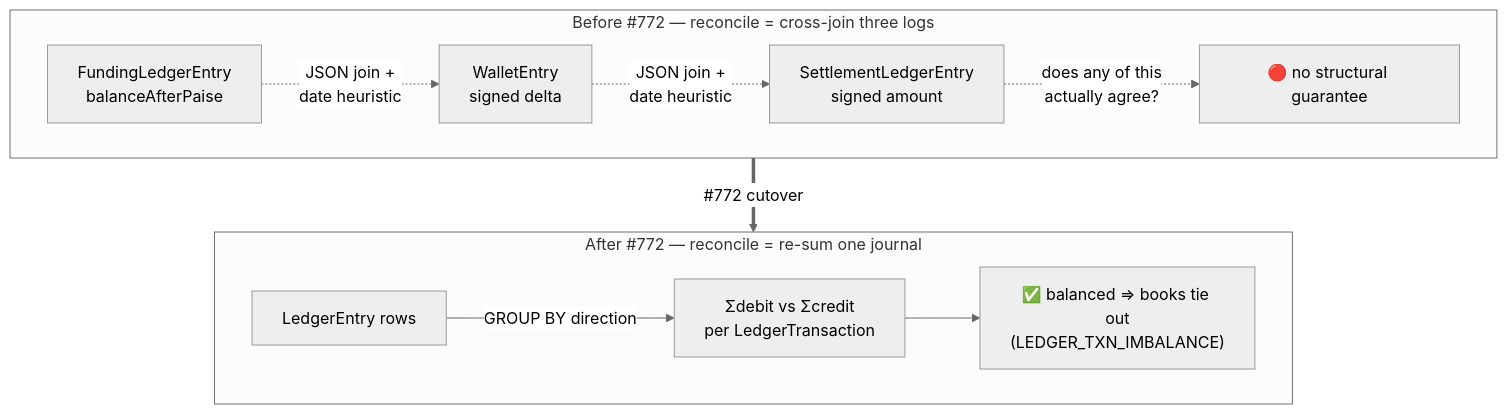
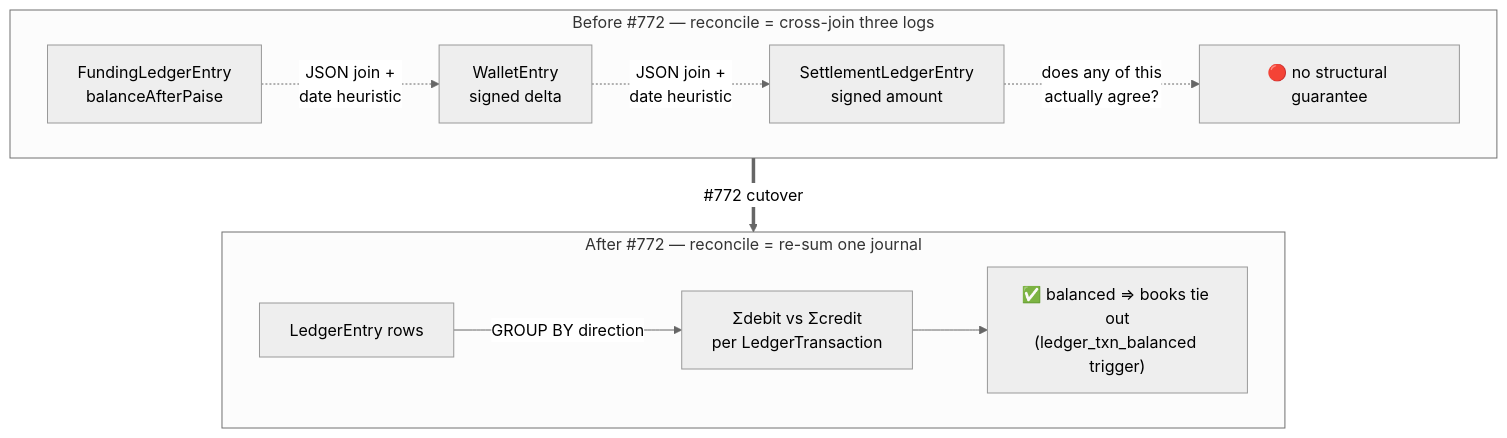
One commit to Practitionist/familiarise_web changed the second of 2 diagrams in docs/enterprise/10-money-and-ledger/01-money-model-overview.md. Above: the diagram before and after it, drawn with Mermaid (neutral theme). The commit also changed other lines of this file and 34 other files, not shown here.

````diff
--- a/docs/enterprise/10-money-and-ledger/01-money-model-overview.md
+++ b/docs/enterprise/10-money-and-ledger/01-money-model-overview.md
@@ -59,18 +59,18 @@
 ```mermaid
 flowchart TB
   subgraph BEFORE["Before #772 — reconcile = cross-join three logs"]
     direction LR
     b1["FundingLedgerEntry<br/>balanceAfterPaise"]
     b2["WalletEntry<br/>signed delta"]
     b3["SettlementLedgerEntry<br/>signed amount"]
     b1 -.->|"JSON join +<br/>date heuristic"| b2
     b2 -.->|"JSON join +<br/>date heuristic"| b3
     b3 -.->|"does any of this<br/>actually agree?"| bq["🔴 no structural guarantee"]
   end
   subgraph AFTER["After #772 — reconcile = re-sum one journal"]
     direction LR
     a1["LedgerEntry rows"] -->|"GROUP BY direction"| a2["Σdebit vs Σcredit<br/>per LedgerTransaction"]
-    a2 --> aq["✅ balanced ⇒ books tie out<br/>(LEDGER_TXN_IMBALANCE)"]
+    a2 --> aq["✅ balanced ⇒ books tie out<br/>(ledger_txn_balanced trigger)"]
   end
   BEFORE ==>|"#772 cutover"| AFTER
 ```
````
